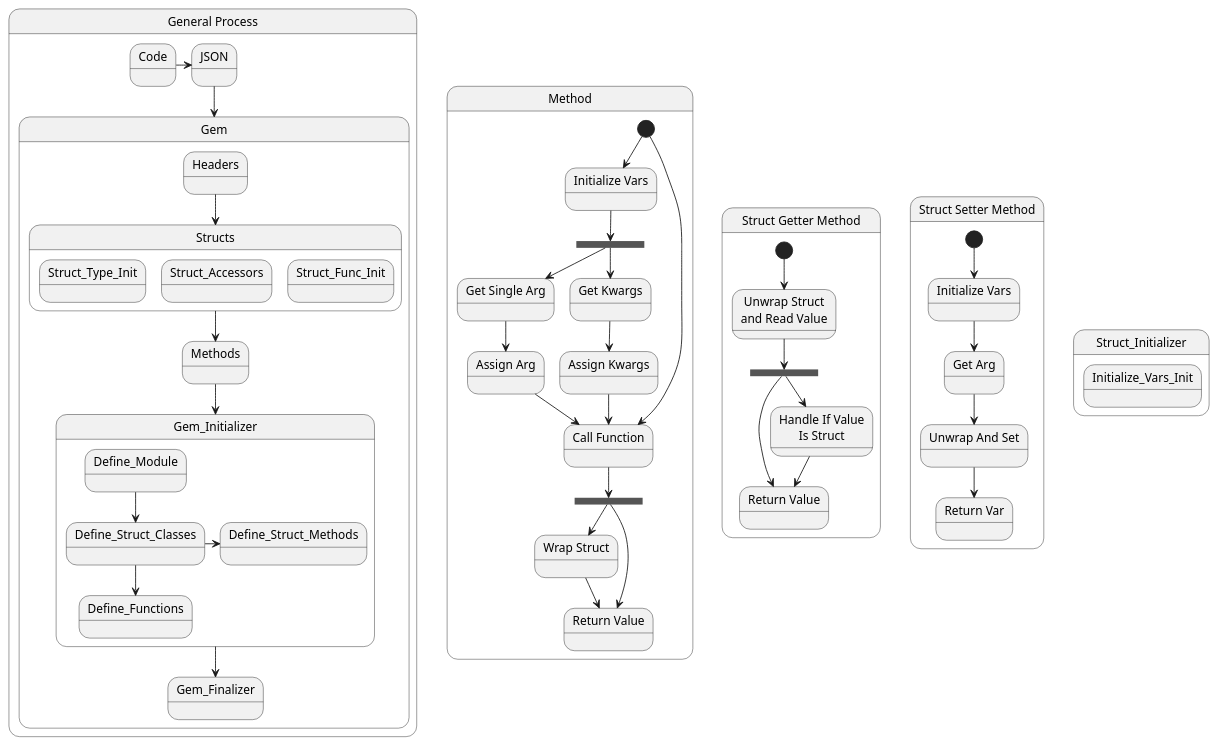
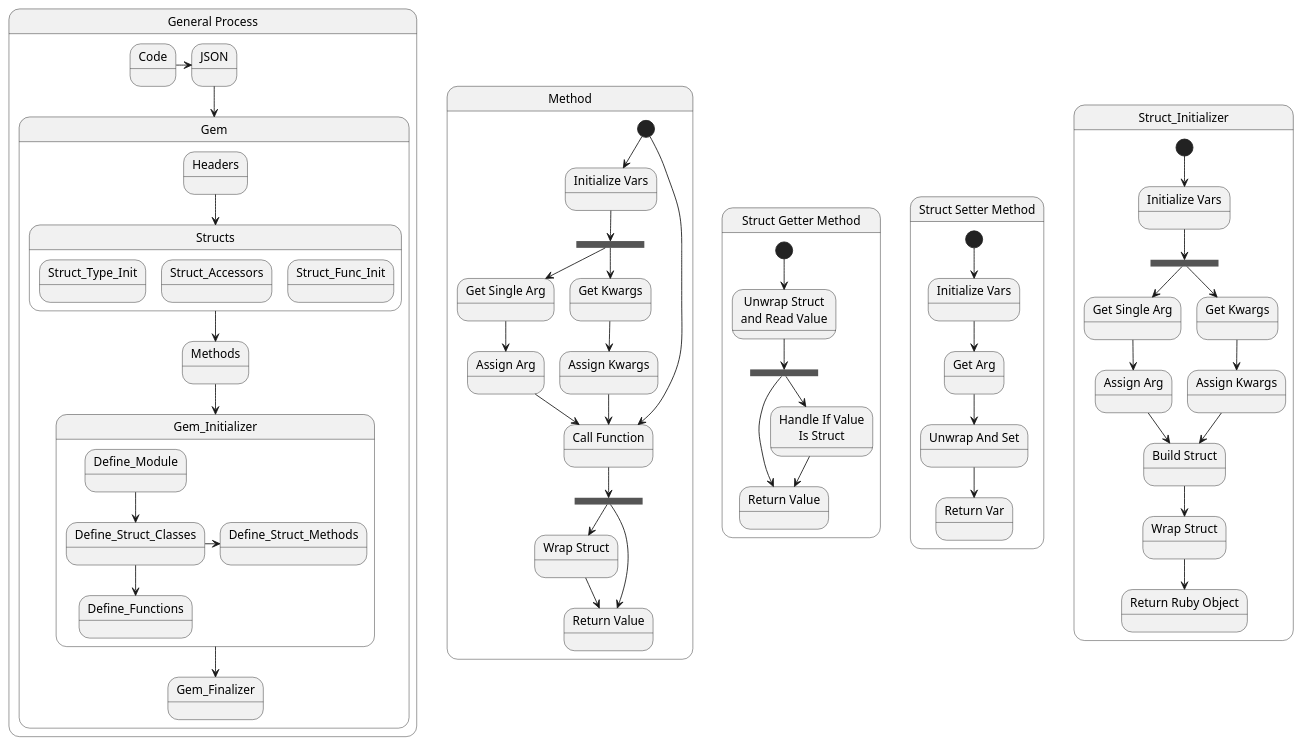
The diagram in planning/structure.puml (realtradam/FelBind), drawn with PlantUML before and after one commit.

Commit message:
planning updates

```diff
--- a/planning/structure.puml
+++ b/planning/structure.puml
@@ -1,100 +1,125 @@
 @startuml
 
 state "General Process" as General_Process {
 	state Code
 	state JSON
 	state Gem {
 		state Headers
 		state Structs {
 			state Struct_Type_Init
 			state Struct_Accessors
 			state Struct_Func_Init
 		}
 		state Methods
 		state Gem_Initializer {
 			state Define_Module
 			state Define_Struct_Classes
 			state Define_Struct_Methods
 			state Define_Functions
 		}
 		state Gem_Finalizer
 
 		Code -r-> JSON
 		JSON -d-> Gem
 		
 		Headers -d-> Structs
 		Structs -d-> Methods
 		Methods -d-> Gem_Initializer
 		Gem_Initializer -d-> Gem_Finalizer
 		
 		Define_Module -d-> Define_Struct_Classes
 		Define_Struct_Classes -r-> Define_Struct_Methods
 		Define_Struct_Classes -d-> Define_Functions
 	}
 }
 state "Method" as C_Function {
 	state "Initialize Vars" as Initialize_Vars_C_Function
 	state fork_kw_args_c_function <<fork>>
 	state "Get Single Arg" as Get_Arg_C_Function
 	state "Get Kwargs" as Get_Kwargs_C_Function
 	state "Assign Arg" as Assign_Arg_C_Function
 	state "Assign Kwargs" as Assign_Kwargs_C_Function
 	state "Call Function" as Call_C_Function
 	state fork_wrap_struct_c_function <<fork>>
 	state "Wrap Struct" as Wrap_Struct_C_Function
 	state "Return Value" as Return_C_Function
 
 	[*] -d-> Initialize_Vars_C_Function
 	[*] -d-> Call_C_Function
 
 	Initialize_Vars_C_Function -d-> fork_kw_args_c_function
 	
 	fork_kw_args_c_function -d-> Get_Arg_C_Function
 	Get_Arg_C_Function -d-> Assign_Arg_C_Function
 	
 	fork_kw_args_c_function -d-> Get_Kwargs_C_Function
 	Get_Kwargs_C_Function -d-> Assign_Kwargs_C_Function
 	
 	Assign_Arg_C_Function -d-> Call_C_Function
 	Assign_Kwargs_C_Function -d-> Call_C_Function
 	
 	Call_C_Function -d-> fork_wrap_struct_c_function
 	fork_wrap_struct_c_function -d-> Wrap_Struct_C_Function
 	
 	fork_wrap_struct_c_function -d-> Return_C_Function
 	Wrap_Struct_C_Function -d-> Return_C_Function
 }
 
 state "Struct Getter Method" as Struct_Getter {
 	state fork_is_struct_getter <<fork>>
 	state "Unwrap Struct\nand Read Value" as Unwrap_Struct_Getter
 	state "Return Value" as Return_Struct_Getter
 	state "Handle If Value\nIs Struct" as Handle_Struct_Value_Getter
 
 	[*] -d-> Unwrap_Struct_Getter
 	Unwrap_Struct_Getter -d-> fork_is_struct_getter
 	fork_is_struct_getter -d-> Return_Struct_Getter
 	fork_is_struct_getter -d-> Handle_Struct_Value_Getter
 	Handle_Struct_Value_Getter -d-> Return_Struct_Getter
 
 }
 
 state "Struct Setter Method" as Struct_Setter {
 	state "Initialize Vars" as Initialize_Vars_Setter
 	state "Get Arg" as Get_Arg_Setter
 	state "Unwrap And Set" as Unwrap_Struct_Setter
 	state "Return Var" as Return_Setter
 
 	[*] -d-> Initialize_Vars_Setter
 	Initialize_Vars_Setter -d-> Get_Arg_Setter
 	Get_Arg_Setter -d-> Unwrap_Struct_Setter
 	Unwrap_Struct_Setter -d-> Return_Setter
 }
 
 state Struct_Initializer {
-	state Initialize_Vars_Init
+	state "Initialize Vars" as Initialize_Vars_Struct_Init
+	state fork_kw_args_struct_init <<fork>>
+	state "Get Single Arg" as Get_Arg_Struct_Init
+	state "Get Kwargs" as Get_Kwargs_Struct_Init
+	state "Assign Arg" as Assign_Arg_Struct_Init
+	state "Assign Kwargs" as Assign_Kwargs_Struct_Init
+	state "Build Struct" as Build_Struct_Struct_Init
+	state "Wrap Struct" as Wrap_Struct_Struct_Init
+	state "Return Ruby Object" as Return_Struct_Init
+
+	[*] -d-> Initialize_Vars_Struct_Init
+
+	Initialize_Vars_Struct_Init -d-> fork_kw_args_struct_init
+	
+	fork_kw_args_struct_init -d-> Get_Arg_Struct_Init
+	Get_Arg_Struct_Init -d-> Assign_Arg_Struct_Init
+	
+	fork_kw_args_struct_init -d-> Get_Kwargs_Struct_Init
+	Get_Kwargs_Struct_Init -d-> Assign_Kwargs_Struct_Init
+	
+	Assign_Arg_Struct_Init -d-> Build_Struct_Struct_Init
+	Assign_Kwargs_Struct_Init -d-> Build_Struct_Struct_Init
+	
+	Build_Struct_Struct_Init -d-> Wrap_Struct_Struct_Init
+	
+	Wrap_Struct_Struct_Init -d-> Return_Struct_Init
 }
 
 	
 
 @enduml
```
